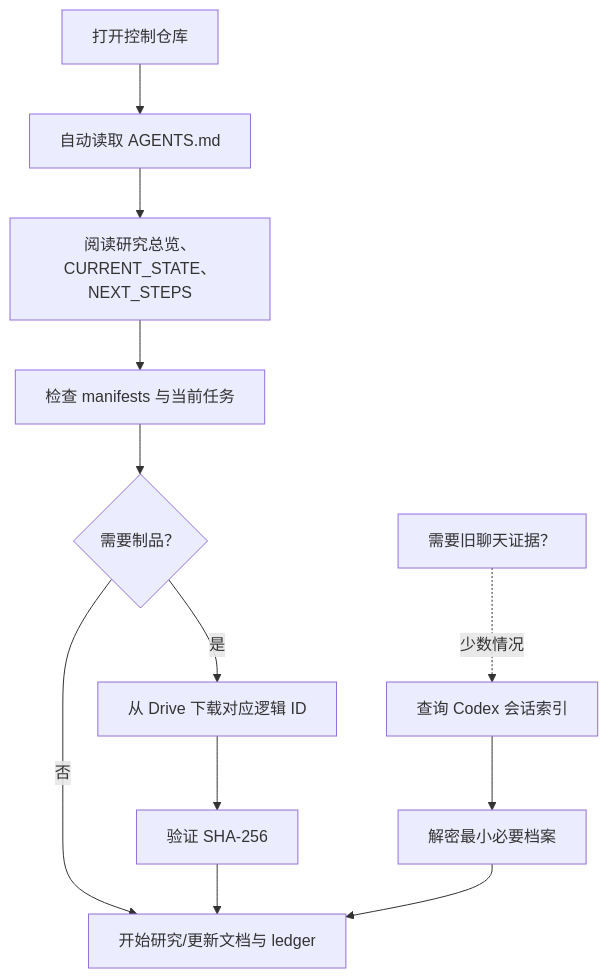
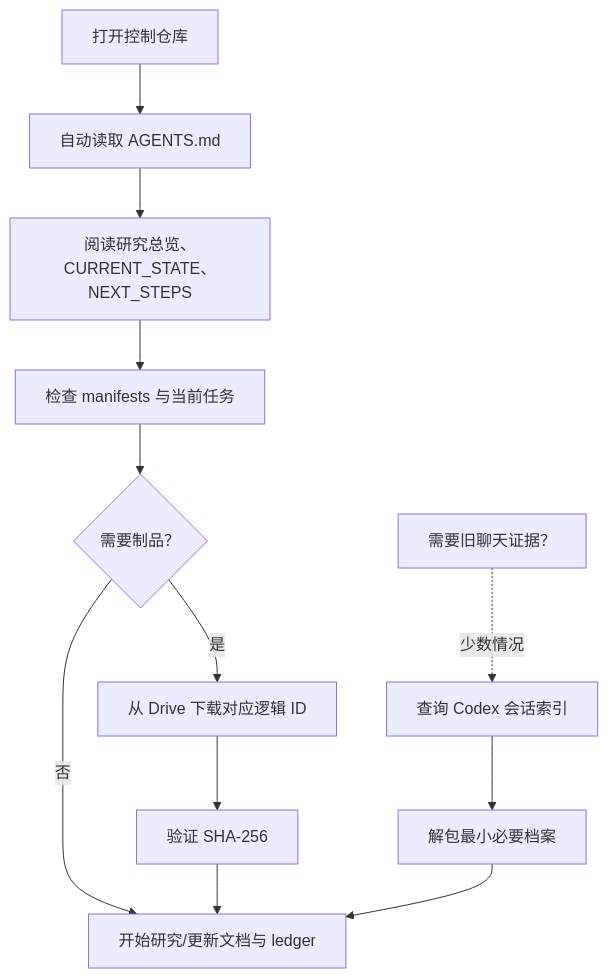
Before and after one commit to Chemit797/260831-: the diagram in docs/06_Codex_完整归档与恢复指南.md, drawn with Mermaid. The commit also changed other lines of this file and 11 other files, not shown here.

````diff
--- a/docs/06_Codex_完整归档与恢复指南.md
+++ b/docs/06_Codex_完整归档与恢复指南.md
@@ -146,14 +146,14 @@
 ```mermaid
 flowchart TD
     A["打开控制仓库"] --> B["自动读取 AGENTS.md"]
     B --> C["阅读研究总览、CURRENT_STATE、NEXT_STEPS"]
     C --> D["检查 manifests 与当前任务"]
     D --> E{"需要制品？"}
     E -- 否 --> F["开始研究/更新文档与 ledger"]
     E -- 是 --> G["从 Drive 下载对应逻辑 ID"]
     G --> H["验证 SHA-256"]
     H --> F
     I["需要旧聊天证据？"] -. 少数情况 .-> J["查询 Codex 会话索引"]
-    J --> K["解密最小必要档案"]
+    J --> K["解包最小必要档案"]
     K --> F
 ```
````
